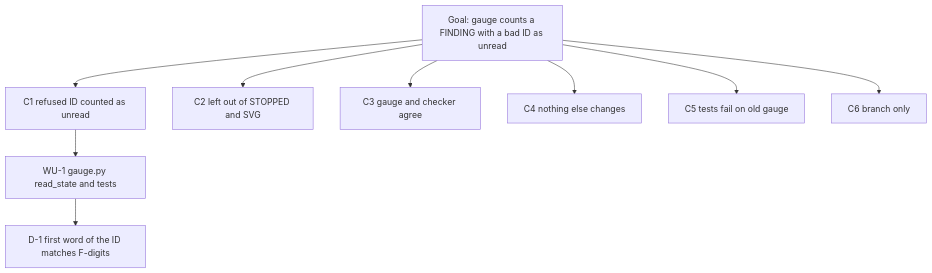
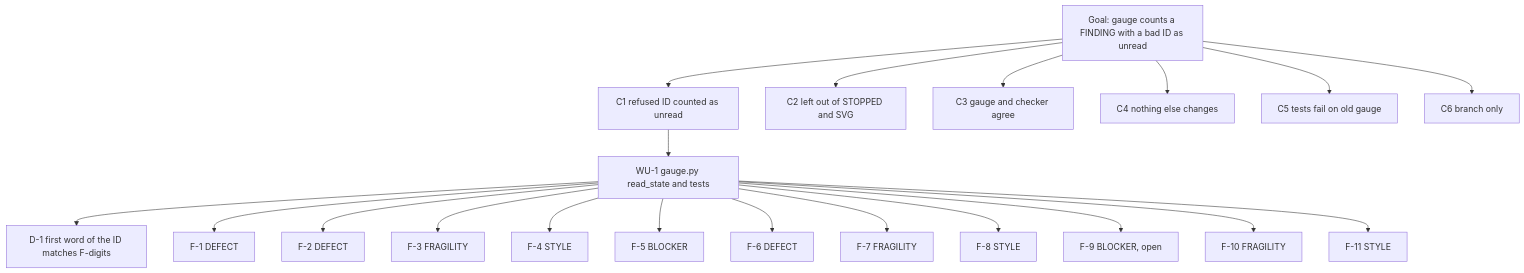
Before and after one commit to CatCorner22/devin: the diagram in runs/3.0.0-finding-id/MINDMAP.md, drawn with Mermaid. The commit also changed other lines of this file and 13 other files, not shown here.

````diff
--- a/runs/3.0.0-finding-id/MINDMAP.md
+++ b/runs/3.0.0-finding-id/MINDMAP.md
@@ -17,12 +17,23 @@
 ```mermaid
 graph TD
   G["Goal: gauge counts a FINDING with a bad ID as unread"]
   G --> C1["C1 refused ID counted as unread"]
   G --> C2["C2 left out of STOPPED and SVG"]
   G --> C3["C3 gauge and checker agree"]
   G --> C4["C4 nothing else changes"]
   G --> C5["C5 tests fail on old gauge"]
   G --> C6["C6 branch only"]
   C1 --> WU1["WU-1 gauge.py read_state and tests"]
   WU1 --> D1["D-1 first word of the ID matches F-digits"]
+  WU1 --> F1["F-1 DEFECT"]
+  WU1 --> F2["F-2 DEFECT"]
+  WU1 --> F3["F-3 FRAGILITY"]
+  WU1 --> F4["F-4 STYLE"]
+  WU1 --> F5["F-5 BLOCKER"]
+  WU1 --> F6["F-6 DEFECT"]
+  WU1 --> F7["F-7 FRAGILITY"]
+  WU1 --> F8["F-8 STYLE"]
+  WU1 --> F9["F-9 BLOCKER, open"]
+  WU1 --> F10["F-10 FRAGILITY"]
+  WU1 --> F11["F-11 STYLE"]
 ```
````
